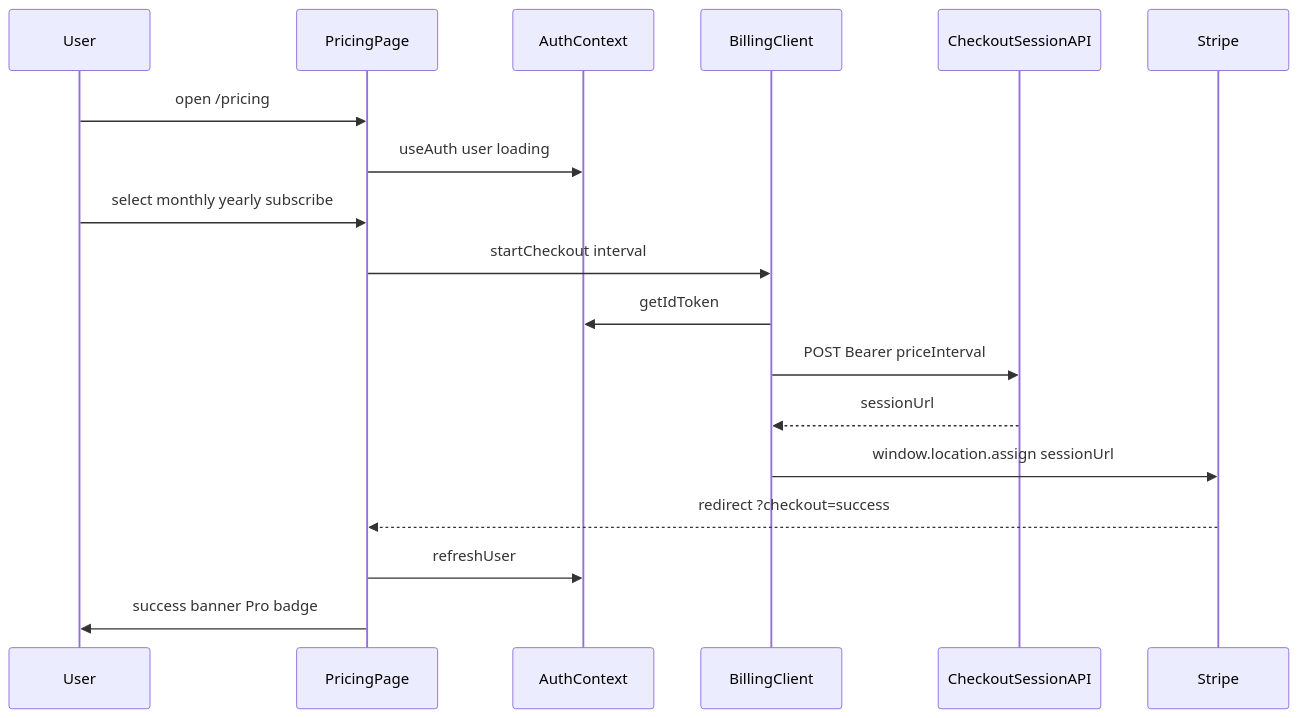
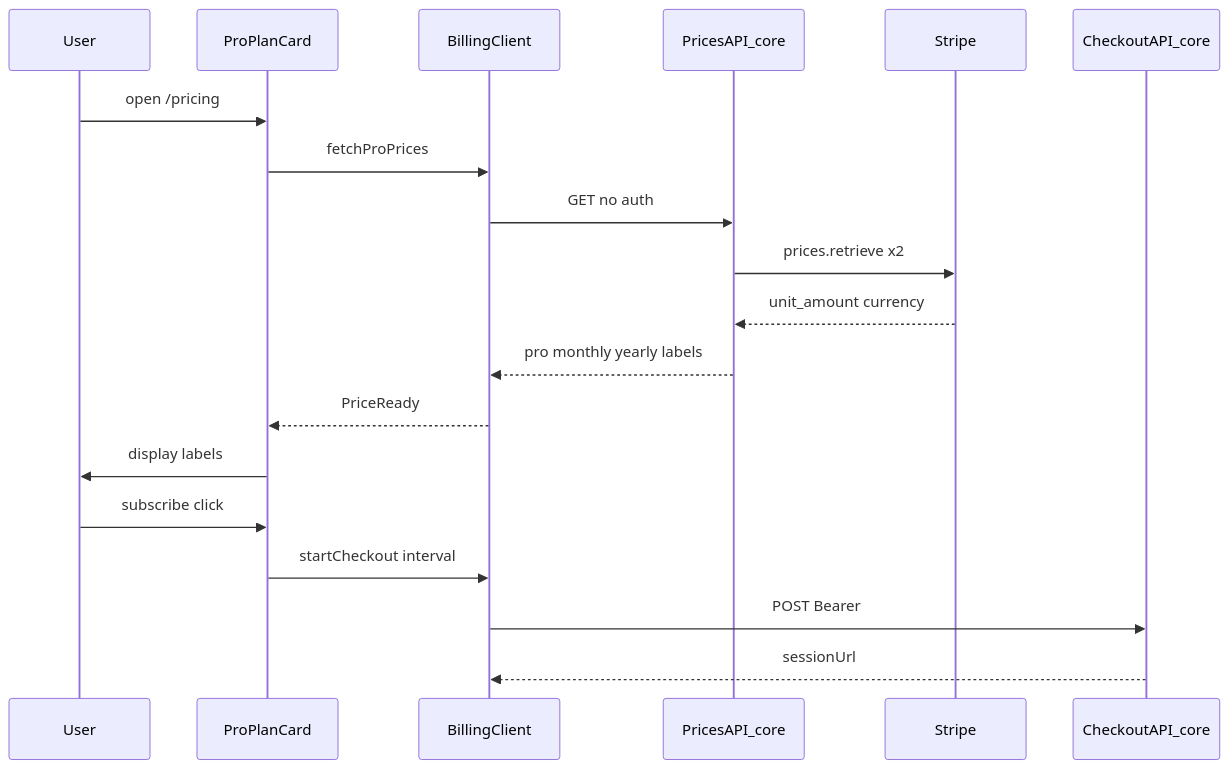
One commit to npressoworks/quizetika changed the first of 3 diagrams in .kiro/specs/quizeum-billing-subscription-ui/design.md. Above: the diagram before and after it, drawn with Mermaid. The commit also changed other lines of this file and 18 other files, not shown here.

````diff
--- a/.kiro/specs/quizeum-billing-subscription-ui/design.md
+++ b/.kiro/specs/quizeum-billing-subscription-ui/design.md
@@ -74,21 +76,22 @@
 ```mermaid
 sequenceDiagram
     participant User
-    participant PricingPage
-    participant AuthContext
+    participant ProPlanCard
     participant BillingClient
-    participant CheckoutAPI as CheckoutSessionAPI
+    participant PricesAPI as PricesAPI_core
     participant Stripe
+    participant CheckoutAPI as CheckoutAPI_core
 
-    User->>PricingPage: open /pricing
-    PricingPage->>AuthContext: useAuth user loading
-    User->>PricingPage: select monthly yearly subscribe
-    PricingPage->>BillingClient: startCheckout interval
-    BillingClient->>AuthContext: getIdToken
-    BillingClient->>CheckoutAPI: POST Bearer priceInterval
+    User->>ProPlanCard: open /pricing
+    ProPlanCard->>BillingClient: fetchProPrices
+    BillingClient->>PricesAPI: GET no auth
+    PricesAPI->>Stripe: prices.retrieve x2
+    Stripe-->>PricesAPI: unit_amount currency
+    PricesAPI-->>BillingClient: pro monthly yearly labels
+    BillingClient-->>ProPlanCard: PriceReady
+    ProPlanCard->>User: display labels
+    User->>ProPlanCard: subscribe click
+    ProPlanCard->>BillingClient: startCheckout interval
+    BillingClient->>CheckoutAPI: POST Bearer
     CheckoutAPI-->>BillingClient: sessionUrl
-    BillingClient->>Stripe: window.location.assign sessionUrl
-    Stripe-->>PricingPage: redirect ?checkout=success
-    PricingPage->>AuthContext: refreshUser
-    PricingPage->>User: success banner Pro badge
 ```
````
